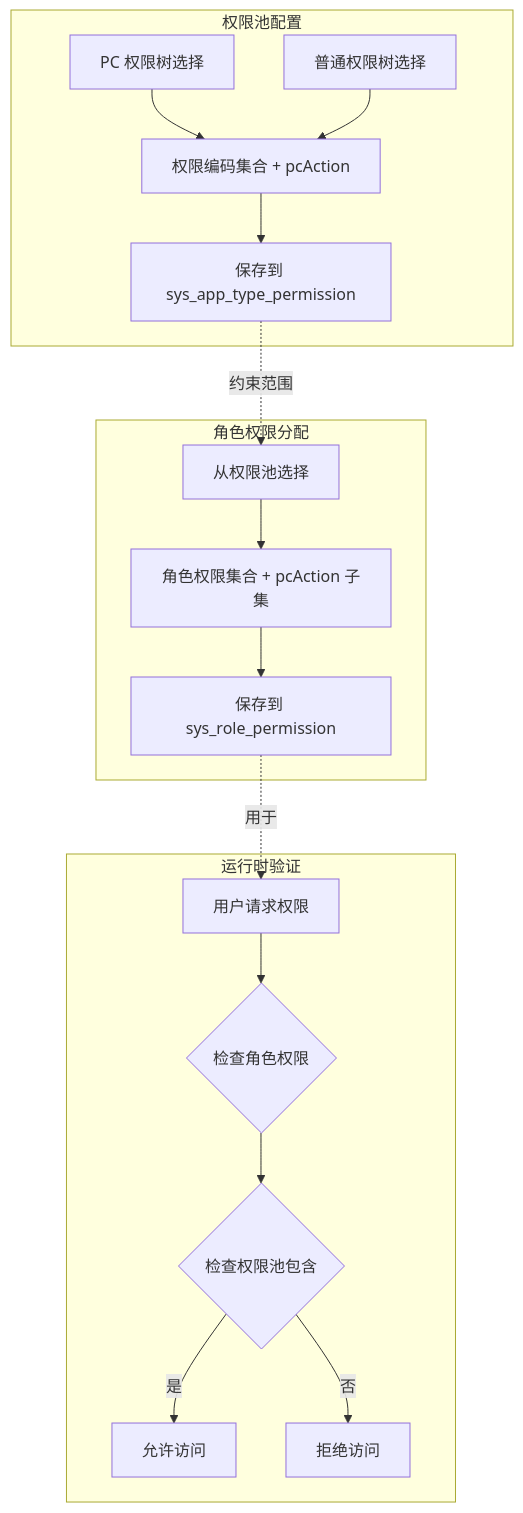
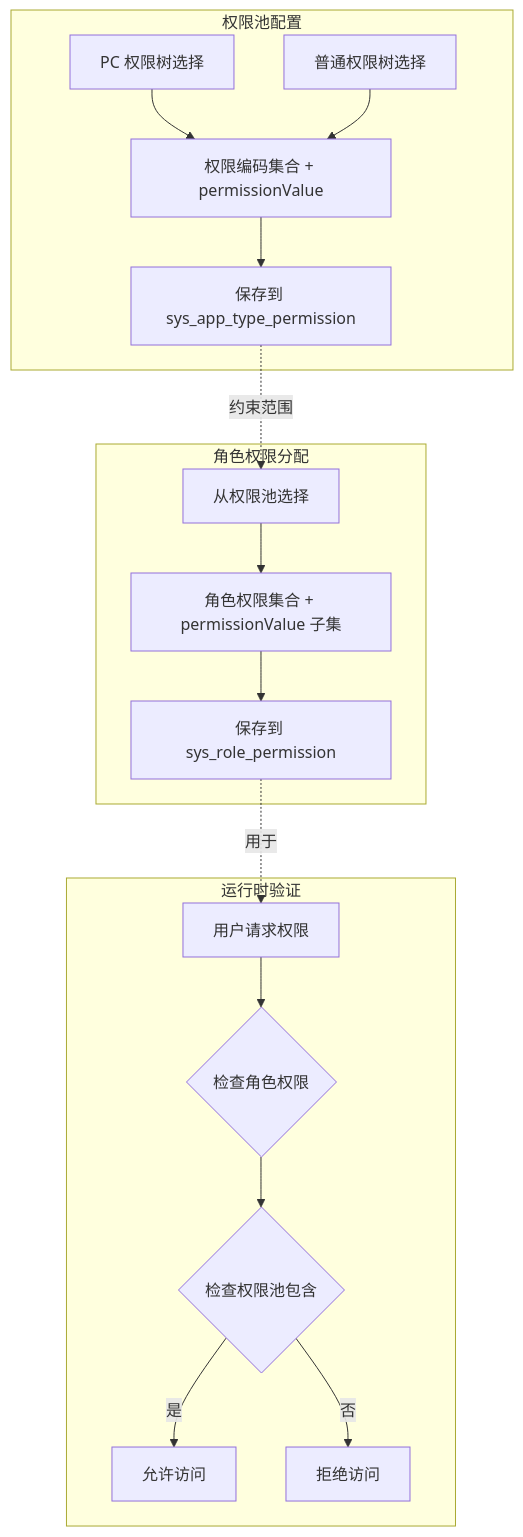
Before and after one commit to huyumo/moyan-mfw: the fifth of 6 diagrams in docs/flows/permission-pool-setup.md, drawn with Mermaid. The commit also changed other lines of this file and 28 other files, not shown here.

````diff
--- a/docs/flows/permission-pool-setup.md
+++ b/docs/flows/permission-pool-setup.md
@@ -217,23 +217,23 @@
 ```mermaid
 graph TB
     subgraph 权限池配置
-        P1[PC 权限树选择] --> P4[权限编码集合 + pcAction]
+        P1[PC 权限树选择] --> P4[权限编码集合 + permissionValue]
         P2[普通权限树选择] --> P4
         P4 --> P5[保存到 sys_app_type_permission]
     end
 
     subgraph 角色权限分配
-        R1[从权限池选择] --> R4[角色权限集合 + pcAction 子集]
+        R1[从权限池选择] --> R4[角色权限集合 + permissionValue 子集]
         R4 --> R5[保存到 sys_role_permission]
     end
 
     subgraph 运行时验证
         V1[用户请求权限] --> V2{检查角色权限}
         V2 --> V3{检查权限池包含}
         V3 -->|是 | V4[允许访问]
         V3 -->|否 | V5[拒绝访问]
     end
 
     P5 -.->|约束范围 | R1
     R5 -.->|用于 | V1
 ```
````
